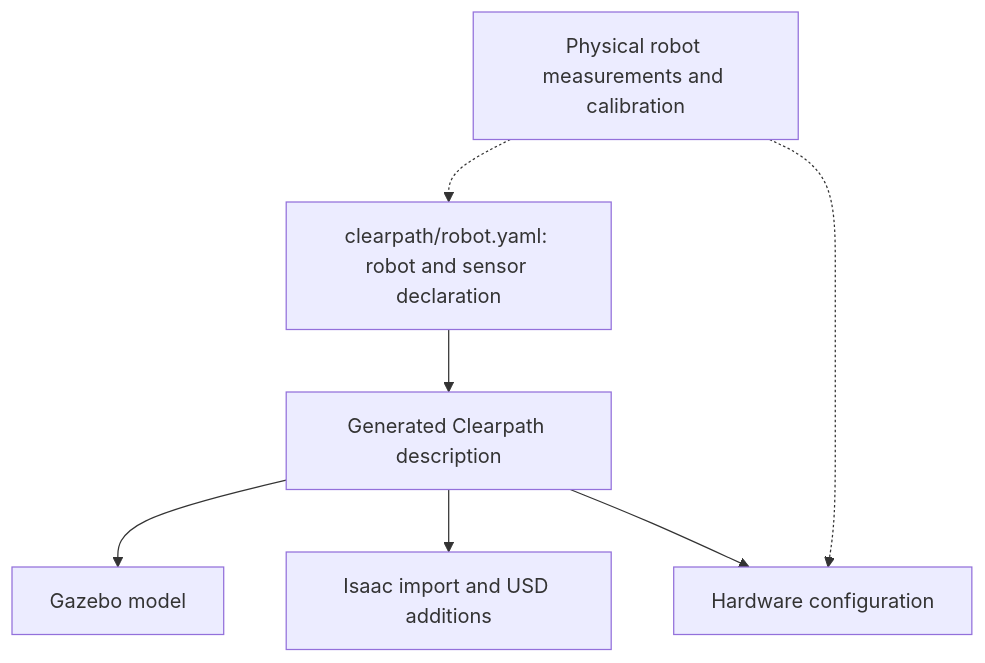
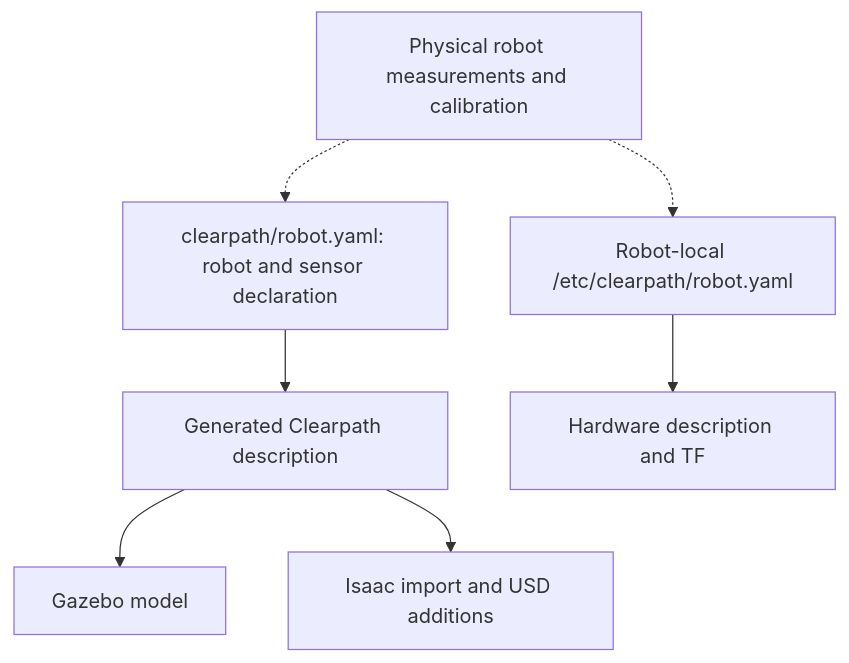
One commit to Cognitive-Software-Labs/DyNAMO-Ridgeback changed the diagram in docs/robot/geometry.md. Above: the diagram before and after it, drawn with Mermaid. The commit also changed other lines of this file and 1 other file, not shown here.

First line of the commit message:
docs(robot): document r100_0160's robot-local mounts in the geometry reference

````diff
--- a/docs/robot/geometry.md
+++ b/docs/robot/geometry.md
@@ -11,9 +11,9 @@
 ```mermaid
 flowchart TD
     Y["clearpath/robot.yaml: robot and sensor declaration"] --> D["Generated Clearpath description"]
     D --> G["Gazebo model"]
     D --> I["Isaac import and USD additions"]
-    D --> H["Hardware configuration"]
+    R["Robot-local /etc/clearpath/robot.yaml"] --> H["Hardware description and TF"]
     P["Physical robot measurements and calibration"] -.-> Y
-    P -.-> H
+    P -.-> R
 ```
````
